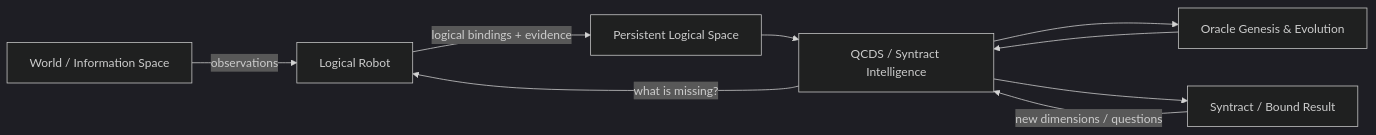
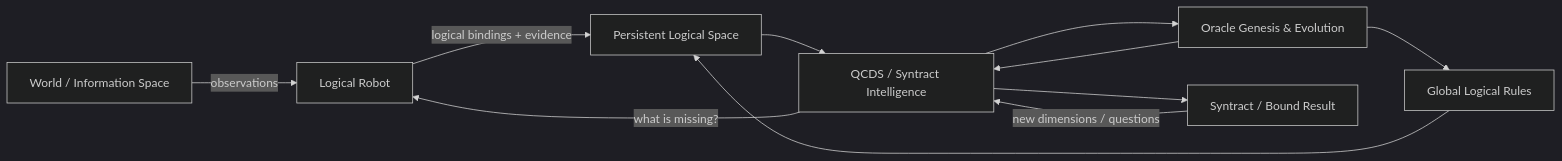
Before and after one commit to iampathat/thesyntractvision: the first of 3 diagrams in README.md, drawn with Mermaid (dark theme). The commit also changed other lines of this file, not shown here.

Commit message:
BUILD 18: present global logic MVP in project README

````diff
--- a/README.md
+++ b/README.md
@@ -21,11 +21,13 @@
 ```mermaid
 flowchart LR
     W[World / Information Space] -->|observations| R[Logical Robot]
     R -->|logical bindings + evidence| L[Persistent Logical Space]
     L --> Q[QCDS / Syntract Intelligence]
     Q -->|what is missing?| R
     Q --> O[Oracle Genesis & Evolution]
     O --> Q
+    O --> T[Global Logical Rules]
+    T --> L
     Q --> S[Syntract / Bound Result]
     S -->|new dimensions / questions| Q
 ```
````
